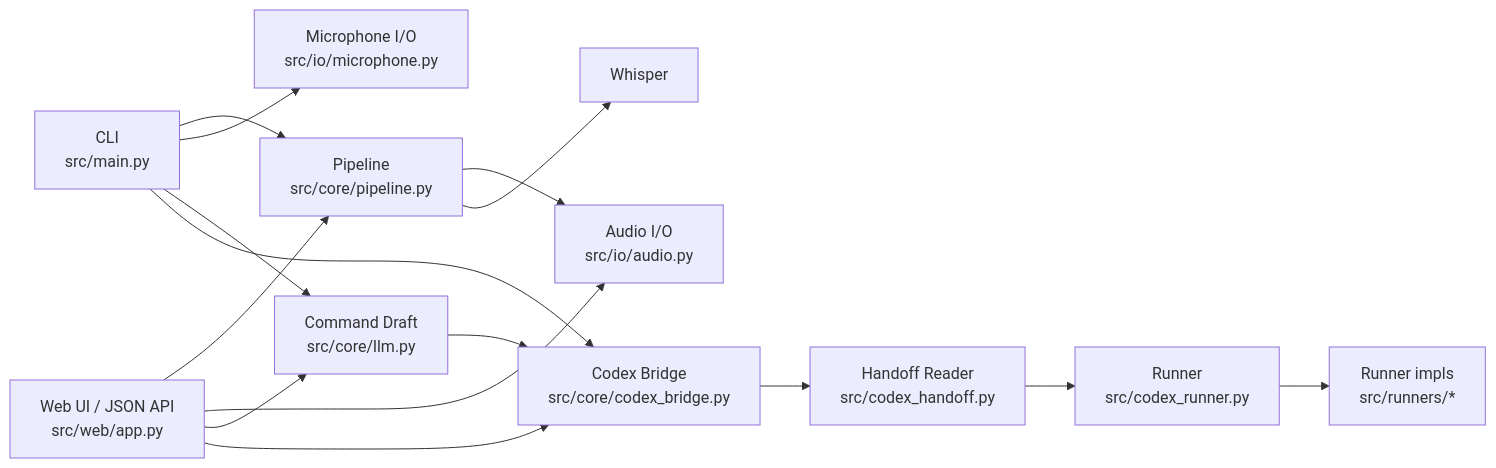
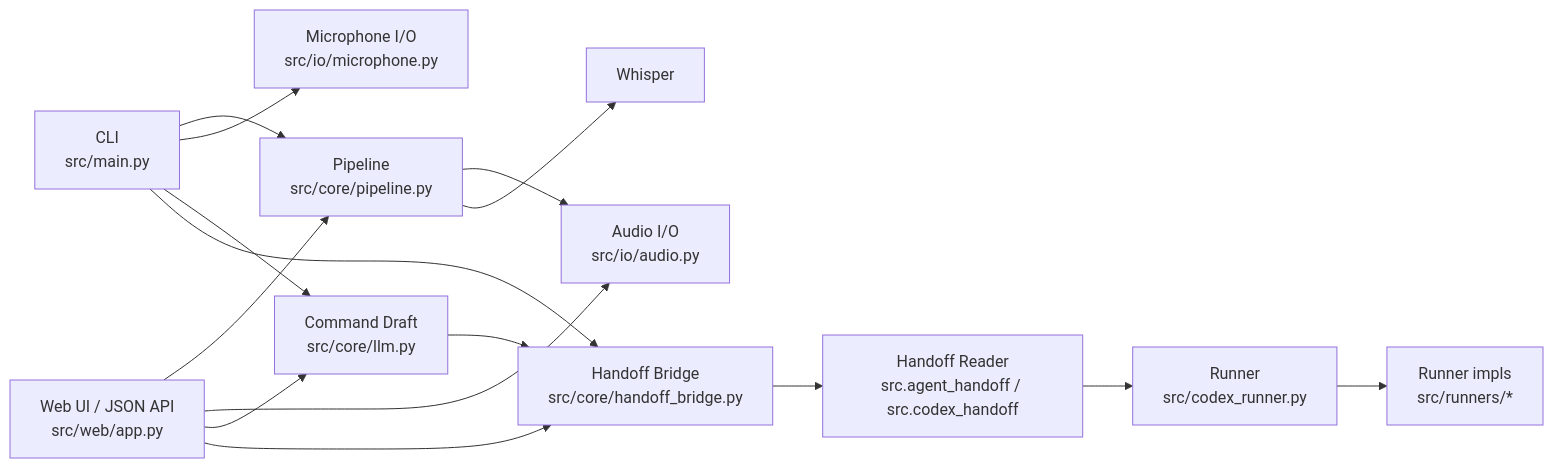
Before and after one commit to hiro-collab/ai_talk_core: the first of 3 diagrams in README.md, drawn with Mermaid. The commit also changed other lines of this file and 6 other files, not shown here.

Commit message:
Start generalizing handoff bridge naming

````diff
--- a/README.md
+++ b/README.md
@@ -17,29 +17,29 @@
 ```mermaid
 flowchart LR
     CLI["CLI\nsrc/main.py"]
     WEB["Web UI / JSON API\nsrc/web/app.py"]
     PIPE["Pipeline\nsrc/core/pipeline.py"]
     MIC["Microphone I/O\nsrc/io/microphone.py"]
     AUDIO["Audio I/O\nsrc/io/audio.py"]
     DRAFT["Command Draft\nsrc/core/llm.py"]
-    BRIDGE["Codex Bridge\nsrc/core/codex_bridge.py"]
-    HANDOFF["Handoff Reader\nsrc/codex_handoff.py"]
+    BRIDGE["Handoff Bridge\nsrc/core/handoff_bridge.py"]
+    HANDOFF["Handoff Reader\nsrc.agent_handoff / src.codex_handoff"]
     RUNNER["Runner\nsrc/codex_runner.py"]
     RUNNER_IMPL["Runner impls\nsrc/runners/*"]
     WHISPER["Whisper"]
 
     CLI --> PIPE
     WEB --> PIPE
     CLI --> MIC
     WEB --> AUDIO
     PIPE --> AUDIO
     PIPE --> WHISPER
     CLI --> DRAFT
     WEB --> DRAFT
     DRAFT --> BRIDGE
     CLI --> BRIDGE
     WEB --> BRIDGE
     BRIDGE --> HANDOFF
     HANDOFF --> RUNNER
     RUNNER --> RUNNER_IMPL
 ```
````
